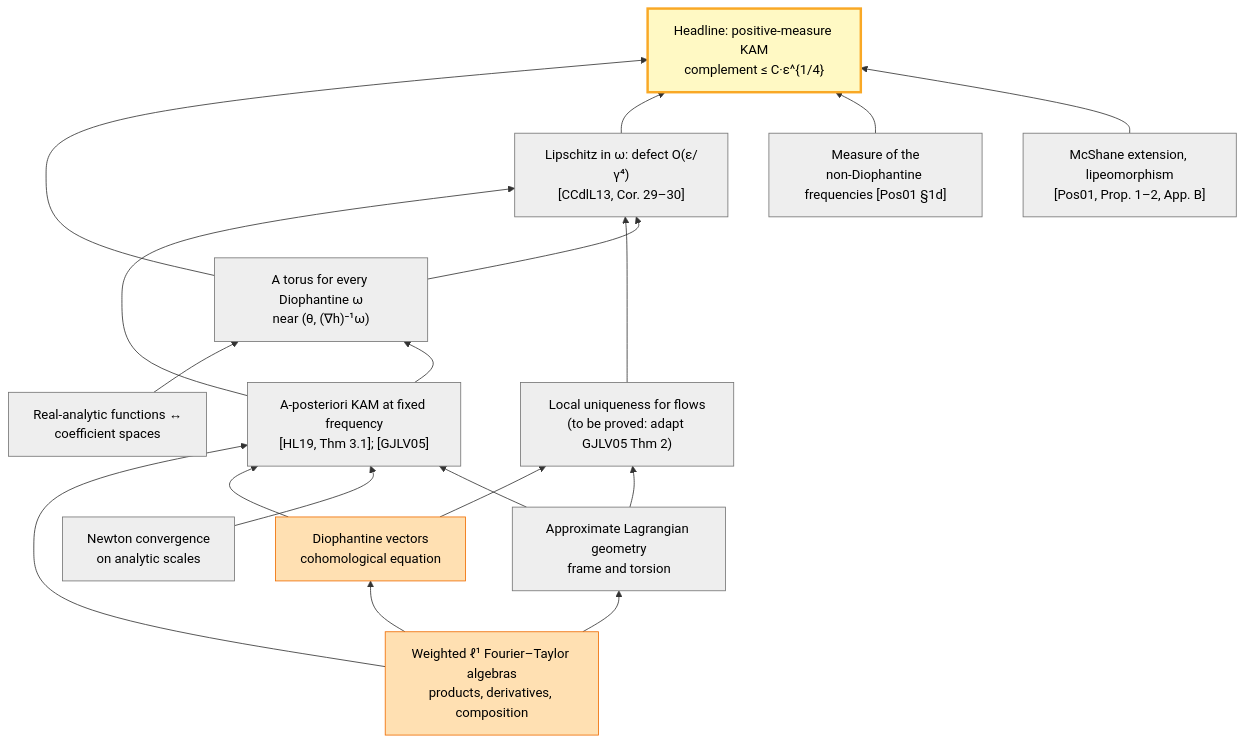
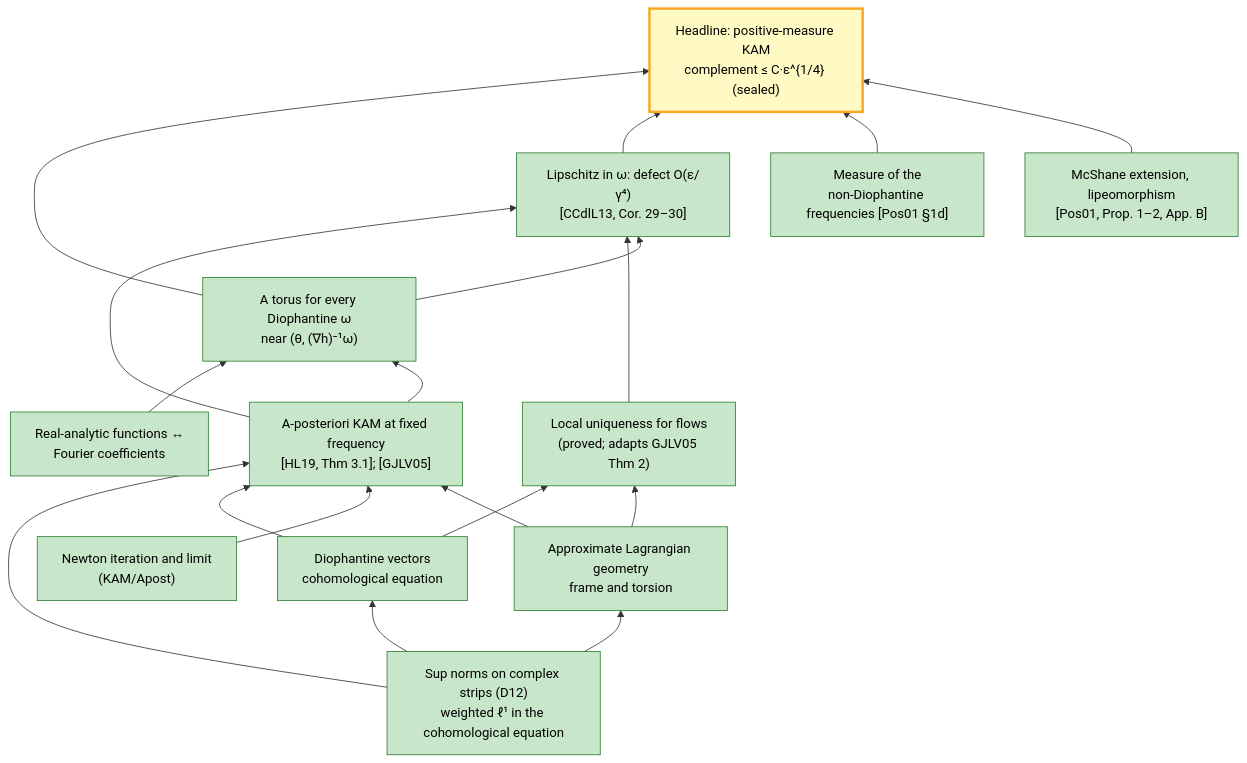
The diagram in README.md (aravindkarthigeyan/KAM-dev), drawn with Mermaid before and after one commit. The commit also changed other lines of this file and 3 other files, not shown here.

````diff
--- a/README.md
+++ b/README.md
@@ -212,37 +215,37 @@
 ```mermaid
 flowchart BT
   classDef done fill:#c8e6c9,stroke:#2e7d32,color:#000
   classDef conditional fill:#bbdefb,stroke:#1565c0,color:#000
   classDef progress fill:#ffe0b2,stroke:#ef6c00,color:#000
   classDef todo fill:#eeeeee,stroke:#757575,color:#000
   classDef anchor fill:#fff9c4,stroke:#f9a825,color:#000,stroke-width:3px
-  ALG["Weighted ℓ¹ Fourier–Taylor algebras<br/>products, derivatives, composition"]:::progress
-  DIOPH["Diophantine vectors<br/>cohomological equation"]:::progress
-  NEWTON["Newton convergence<br/>on analytic scales"]:::todo
-  BRIDGE["Real-analytic functions ↔<br/>coefficient spaces"]:::todo
-  GEOM["Approximate Lagrangian geometry<br/>frame and torsion"]:::todo
-  APOST["A-posteriori KAM at fixed frequency<br/>[HL19, Thm 3.1]; [GJLV05]"]:::todo
-  UNIQ["Local uniqueness for flows<br/>(to be proved: adapt GJLV05 Thm 2)"]:::todo
-  APPLY["A torus for every Diophantine ω<br/>near (θ, (∇h)⁻¹ω)"]:::todo
-  LIP["Lipschitz in ω: defect O(ε/γ⁴)<br/>[CCdlL13, Cor. 29–30]"]:::todo
-  DMEAS["Measure of the<br/>non-Diophantine frequencies [Pos01 §1d]"]:::todo
-  IMAGE["McShane extension, lipeomorphism<br/>[Pos01, Prop. 1–2, App. B]"]:::todo
-  HEAD["Headline: positive-measure KAM<br/>complement ≤ C·ε^{1/4}"]:::anchor
+  ALG["Sup norms on complex strips (D12)<br/>weighted ℓ¹ in the cohomological equation"]:::done
+  DIOPH["Diophantine vectors<br/>cohomological equation"]:::done
+  NEWTON["Newton iteration and limit<br/>(KAM/Apost)"]:::done
+  BRIDGE["Real-analytic functions ↔<br/>Fourier coefficients"]:::done
+  GEOM["Approximate Lagrangian geometry<br/>frame and torsion"]:::done
+  APOST["A-posteriori KAM at fixed frequency<br/>[HL19, Thm 3.1]; [GJLV05]"]:::done
+  UNIQ["Local uniqueness for flows<br/>(proved; adapts GJLV05 Thm 2)"]:::done
+  APPLY["A torus for every Diophantine ω<br/>near (θ, (∇h)⁻¹ω)"]:::done
+  LIP["Lipschitz in ω: defect O(ε/γ⁴)<br/>[CCdlL13, Cor. 29–30]"]:::done
+  DMEAS["Measure of the<br/>non-Diophantine frequencies [Pos01 §1d]"]:::done
+  IMAGE["McShane extension, lipeomorphism<br/>[Pos01, Prop. 1–2, App. B]"]:::done
+  HEAD["Headline: positive-measure KAM<br/>complement ≤ C·ε^{1/4} (sealed)"]:::anchor
   ALG --> DIOPH
   ALG --> GEOM
   ALG --> APOST
   DIOPH --> APOST
   NEWTON --> APOST
   GEOM --> APOST
   DIOPH --> UNIQ
   GEOM --> UNIQ
   BRIDGE --> APPLY
   APOST --> APPLY
   APOST --> LIP
   UNIQ --> LIP
   APPLY --> LIP
   APPLY --> HEAD
   LIP --> HEAD
   DMEAS --> HEAD
   IMAGE --> HEAD
 ```
````
